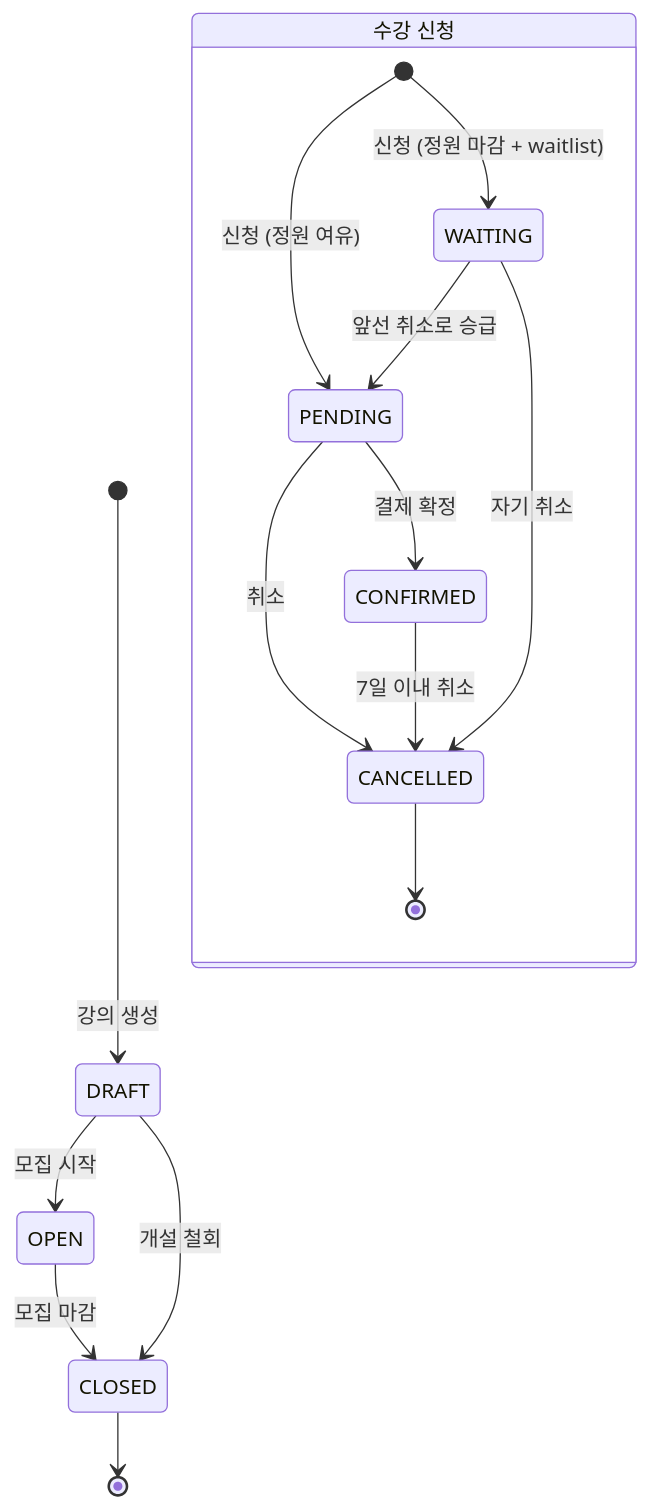
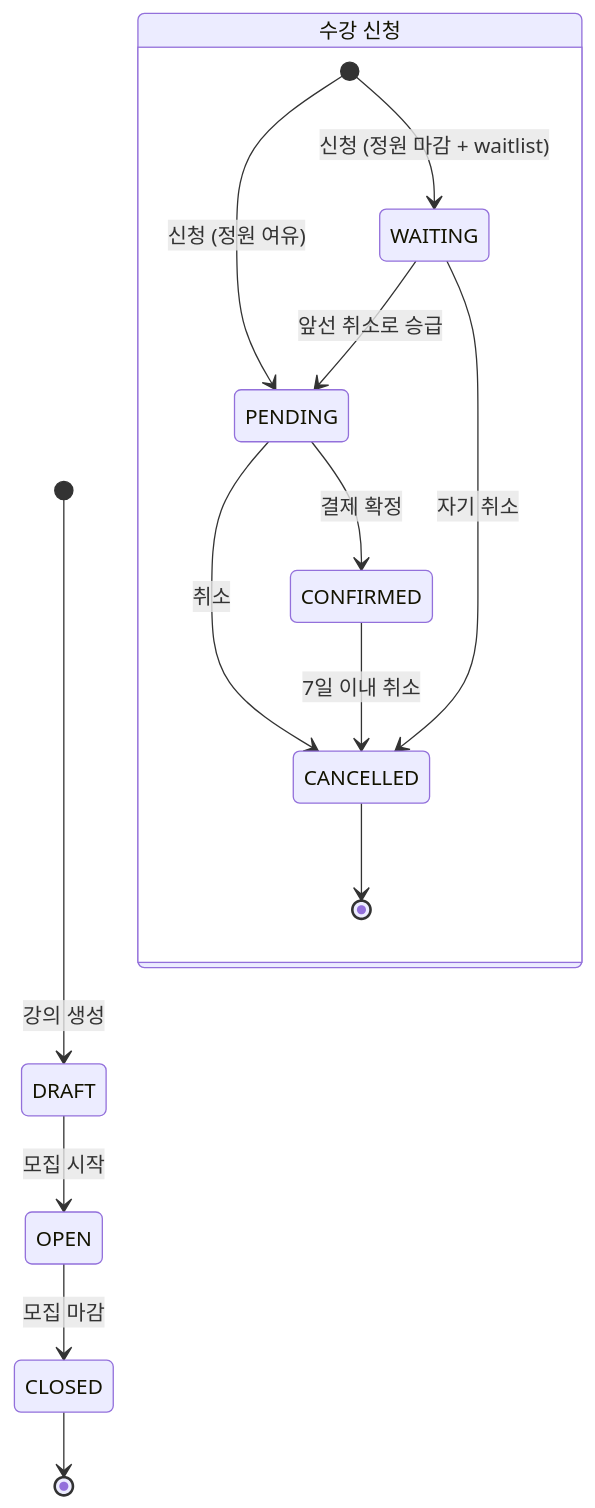
One commit to Heyaaz/test-be-a changed the second of 2 diagrams in README.md. Above: the diagram before and after it, drawn with Mermaid. The commit also changed other lines of this file and 1 other file, not shown here.

````diff
--- a/README.md
+++ b/README.md
@@ -408,19 +408,18 @@
 ```mermaid
 stateDiagram-v2
     [*] --> DRAFT: 강의 생성
     DRAFT --> OPEN: 모집 시작
     OPEN --> CLOSED: 모집 마감
-    DRAFT --> CLOSED: 개설 철회
     CLOSED --> [*]
 
     state "수강 신청" as enr {
         [*] --> PENDING: 신청 (정원 여유)
         [*] --> WAITING: 신청 (정원 마감 + waitlist)
         WAITING --> PENDING: 앞선 취소로 승급
         PENDING --> CONFIRMED: 결제 확정
         PENDING --> CANCELLED: 취소
         CONFIRMED --> CANCELLED: 7일 이내 취소
         WAITING --> CANCELLED: 자기 취소
         CANCELLED --> [*]
     }
 ```
````
